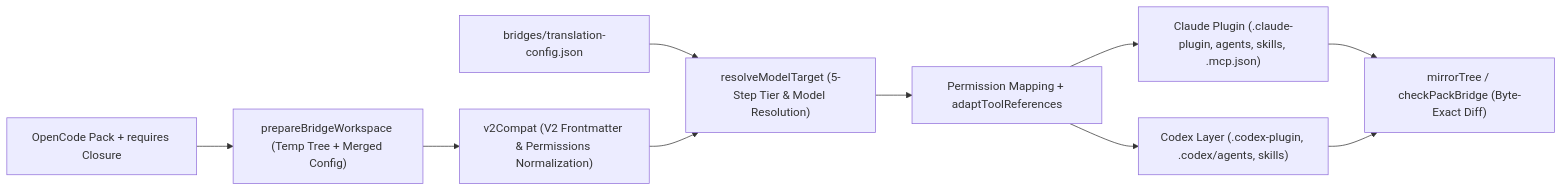
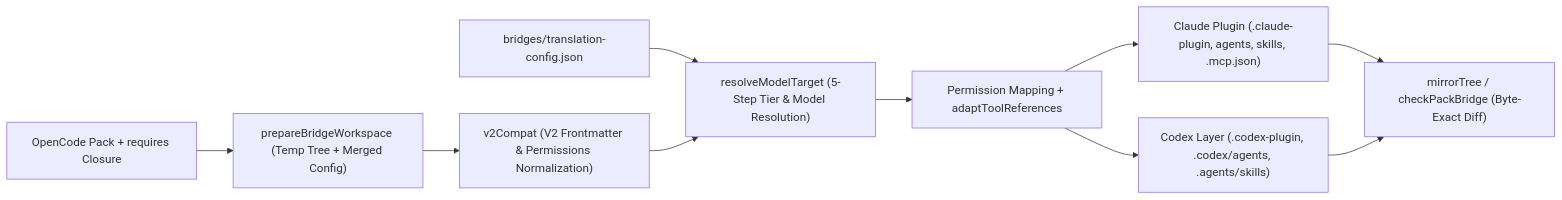
Before and after one commit to lorecanc/manage-agents: the diagram in wiki/concepts/cross-harness-translation.md, drawn with Mermaid. The commit also changed other lines of this file and 46 other files, not shown here.

````diff
--- a/wiki/concepts/cross-harness-translation.md
+++ b/wiki/concepts/cross-harness-translation.md
@@ -33,12 +33,12 @@
 ```mermaid
 graph LR
     Pack["OpenCode Pack + requires Closure"] --> Stage["prepareBridgeWorkspace (Temp Tree + Merged Config)"]
     Stage --> V2Norm["v2Compat (V2 Frontmatter & Permissions Normalization)"]
     Config["bridges/translation-config.json"] --> ModelRes["resolveModelTarget (5-Step Tier & Model Resolution)"]
     V2Norm --> ModelRes
     ModelRes --> Adapt["Permission Mapping + adaptToolReferences"]
     Adapt --> ClaudeOut["Claude Plugin (.claude-plugin, agents, skills, .mcp.json)"]
-    Adapt --> CodexOut["Codex Layer (.codex-plugin, .codex/agents, skills)"]
+    Adapt --> CodexOut["Codex Layer (.codex-plugin, .codex/agents, .agents/skills)"]
     ClaudeOut --> Verify["mirrorTree / checkPackBridge (Byte-Exact Diff)"]
     CodexOut --> Verify
 ```
````
